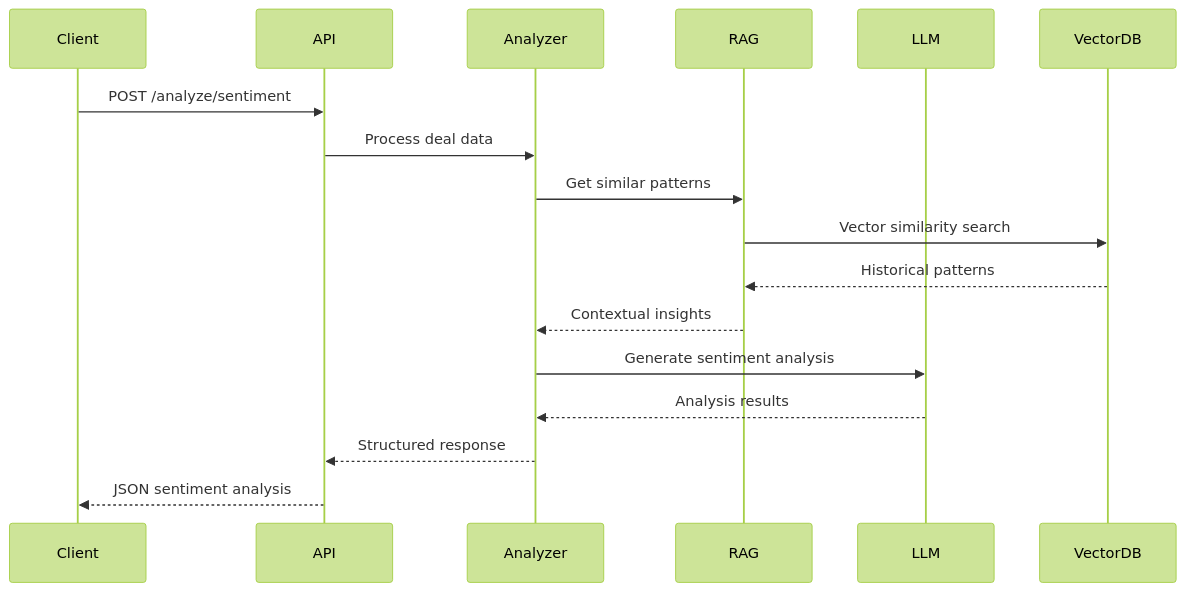
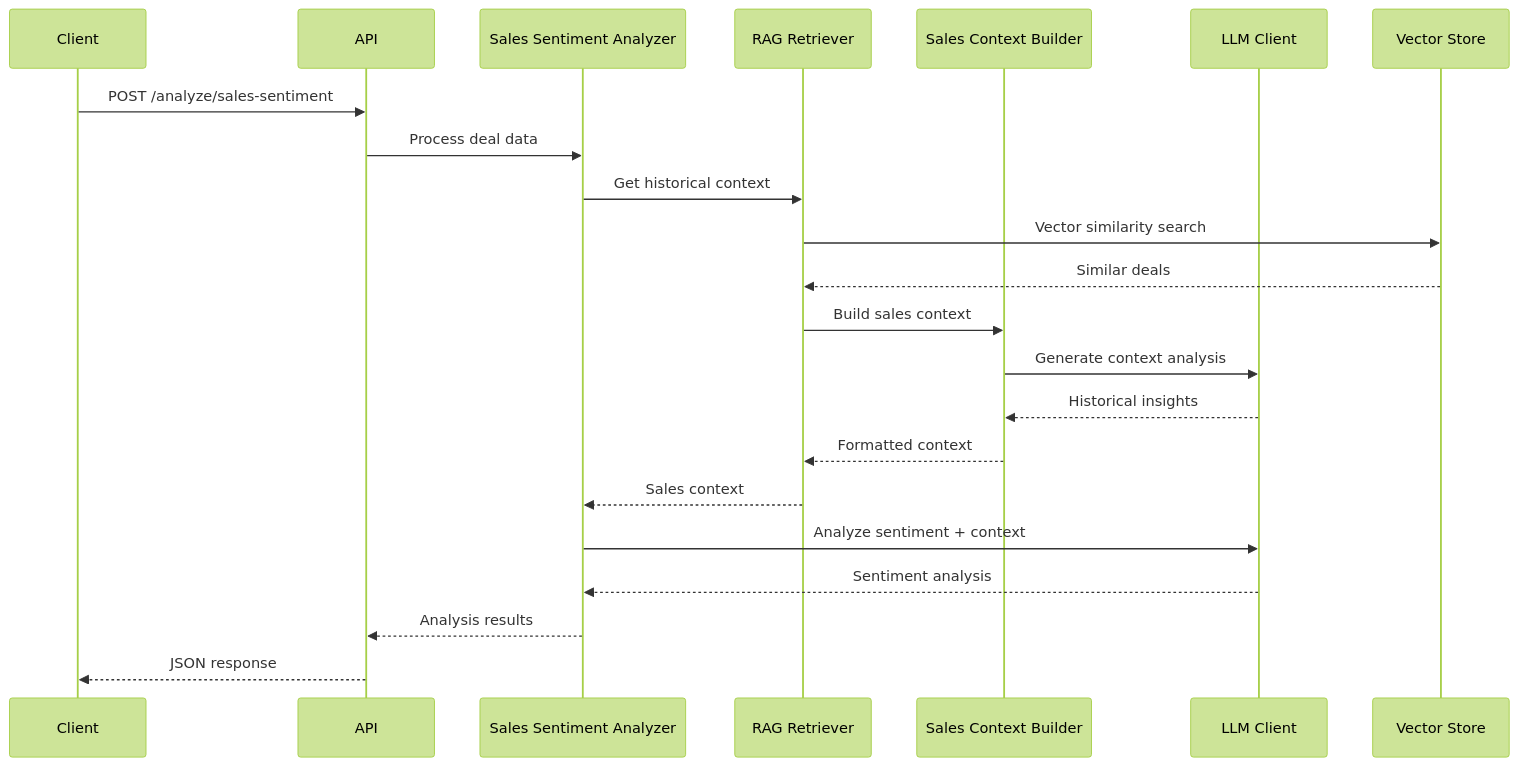
One commit to thouartmammal/SPSA changed the second of 4 diagrams in README.md. Above: the diagram before and after it, drawn with Mermaid (forest theme). The commit also changed other lines of this file, not shown here.

````diff
--- a/README.md
+++ b/README.md
@@ -210,20 +126,25 @@
 ```mermaid
 sequenceDiagram
     participant Client
     participant API
-    participant Analyzer
-    participant RAG
-    participant LLM
-    participant VectorDB
+    participant SSA as Sales Sentiment Analyzer
+    participant RAG as RAG Retriever
+    participant SCB as Sales Context Builder
+    participant LLM as LLM Client
+    participant VS as Vector Store
     
-    Client->>API: POST /analyze/sentiment
-    API->>Analyzer: Process deal data
-    Analyzer->>RAG: Get similar patterns
-    RAG->>VectorDB: Vector similarity search
-    VectorDB-->>RAG: Historical patterns
-    RAG-->>Analyzer: Contextual insights
-    Analyzer->>LLM: Generate sentiment analysis
-    LLM-->>Analyzer: Analysis results
-    Analyzer-->>API: Structured response
-    API-->>Client: JSON sentiment analysis
+    Client->>API: POST /analyze/sales-sentiment
+    API->>SSA: Process deal data
+    SSA->>RAG: Get historical context
+    RAG->>VS: Vector similarity search
+    VS-->>RAG: Similar deals
+    RAG->>SCB: Build sales context
+    SCB->>LLM: Generate context analysis
+    LLM-->>SCB: Historical insights
+    SCB-->>RAG: Formatted context
+    RAG-->>SSA: Sales context
+    SSA->>LLM: Analyze sentiment + context
+    LLM-->>SSA: Sentiment analysis
+    SSA-->>API: Analysis results
+    API-->>Client: JSON response
 ```
````
